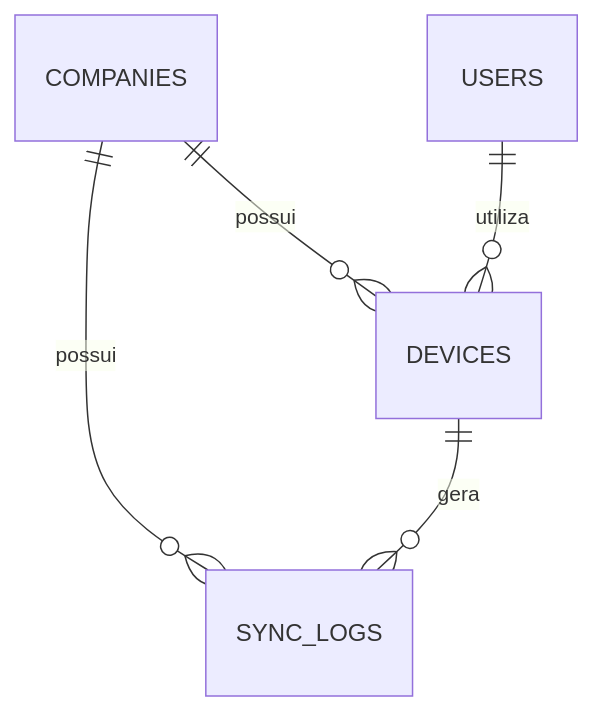
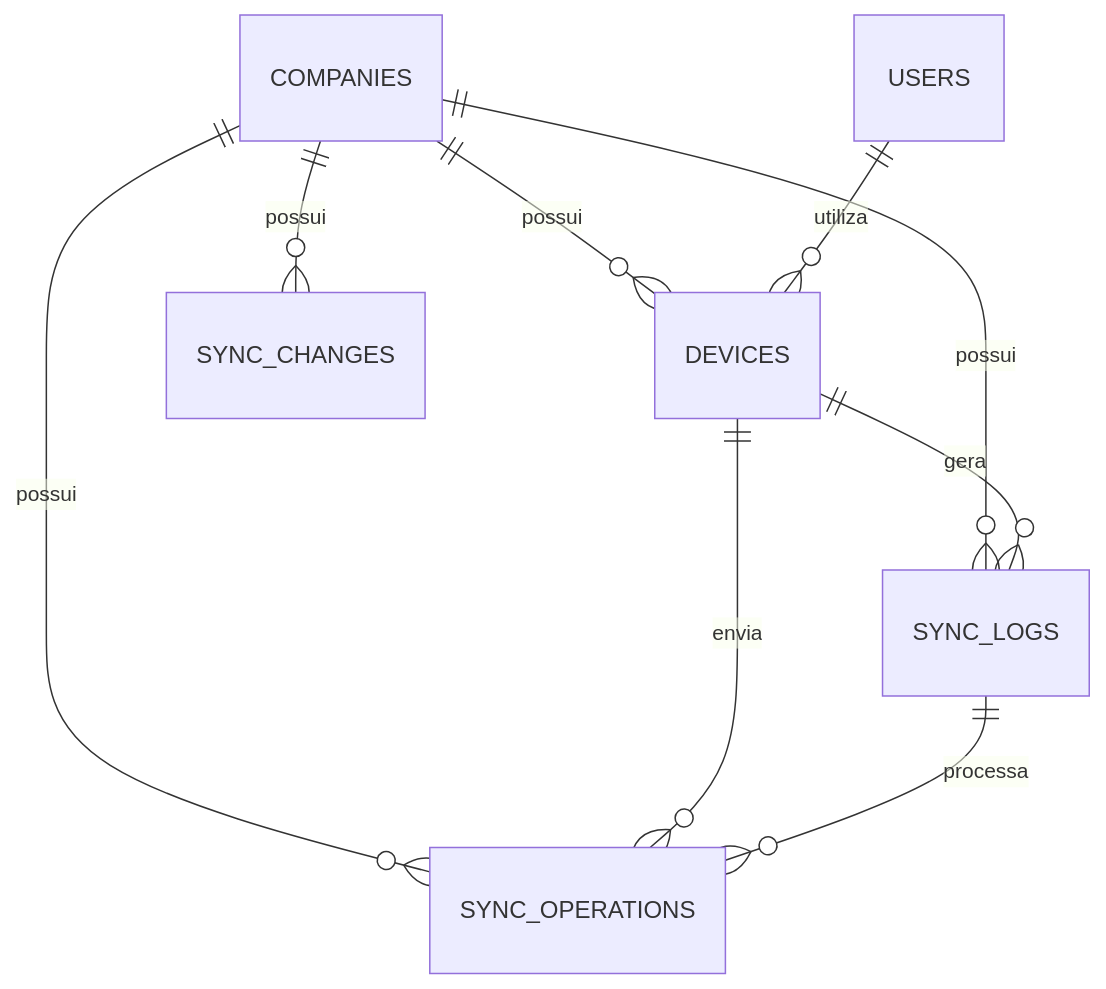
Before and after one commit to danielkzero/orderbox: the second of 3 diagrams in docs/03-modelagem/er-diagram.md, drawn with Mermaid. The commit also changed 13 other files, not shown here.

````diff
--- a/docs/03-modelagem/er-diagram.md
+++ b/docs/03-modelagem/er-diagram.md
@@ -67,11 +67,19 @@
 ```mermaid
 erDiagram
 
     COMPANIES ||--o{ DEVICES : possui
 
     USERS ||--o{ DEVICES : utiliza
 
     COMPANIES ||--o{ SYNC_LOGS : possui
 
     DEVICES ||--o{ SYNC_LOGS : gera
+
+    COMPANIES ||--o{ SYNC_OPERATIONS : possui
+
+    DEVICES ||--o{ SYNC_OPERATIONS : envia
+
+    SYNC_LOGS ||--o{ SYNC_OPERATIONS : processa
+
+    COMPANIES ||--o{ SYNC_CHANGES : possui
 ```
````
